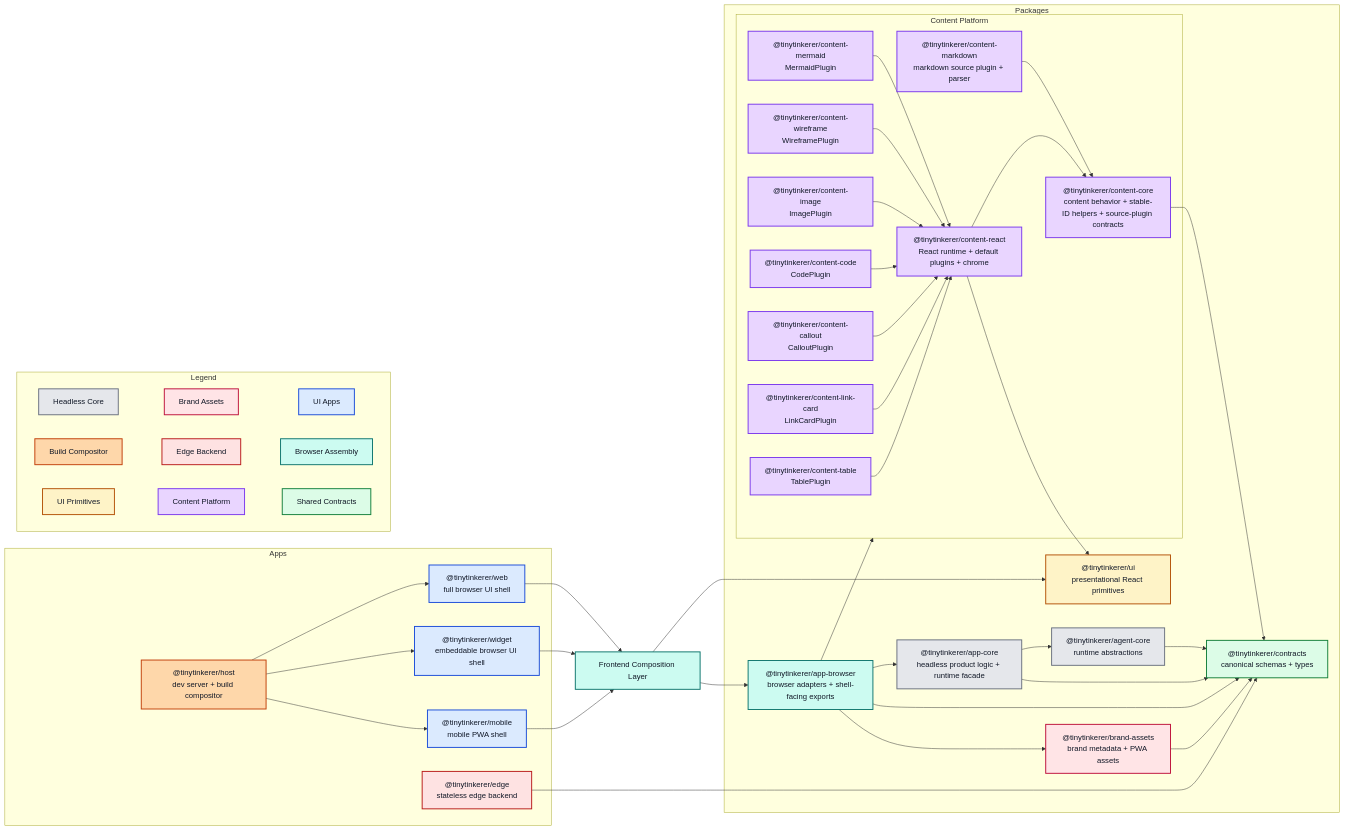
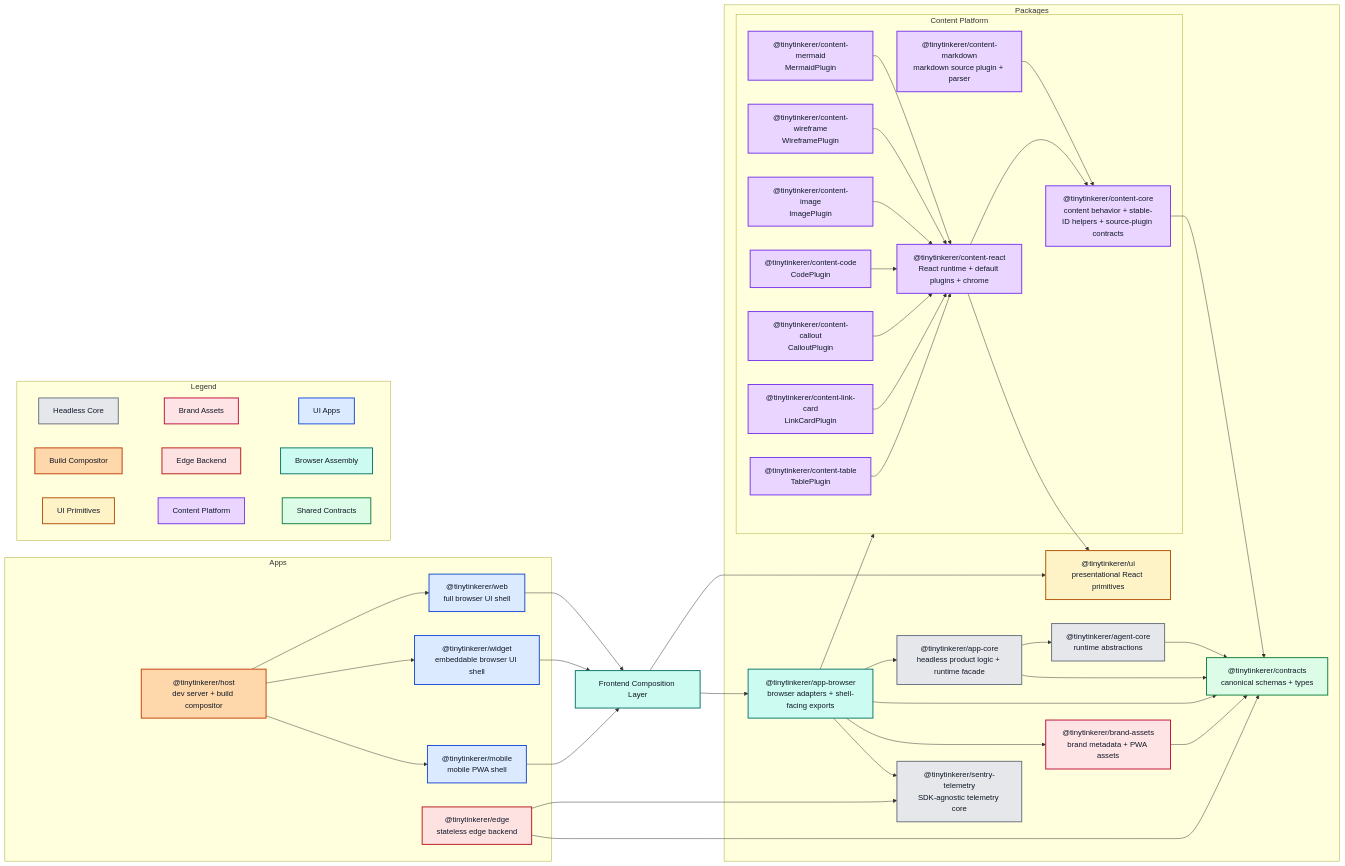
Before and after one commit to NNTin/tinytinkerer: the diagram in docs/ARCHITECTURE.md, drawn with Mermaid. The commit also changed other lines of this file and 24 other files, not shown here.

Commit message:
feat: sentry-telemetry package for frontends and edge

````diff
--- a/docs/ARCHITECTURE.md
+++ b/docs/ARCHITECTURE.md
@@ -53,6 +54,7 @@
     appbrowser["@tinytinkerer/app-browser<br/>browser adapters + shell-facing exports"]
     brand["@tinytinkerer/brand-assets<br/>brand metadata + PWA assets"]
     ui["@tinytinkerer/ui<br/>presentational React primitives"]
+    sentrytelemetry["@tinytinkerer/sentry-telemetry<br/>SDK-agnostic telemetry core"]
 
     subgraph ContentPlatform["Content Platform"]
       contentcore["@tinytinkerer/content-core<br/>content behavior + stable-ID helpers + source-plugin contracts"]
@@ -79,6 +81,7 @@
   common --> ui
   common --> appbrowser
 
+  edge --> sentrytelemetry
   edge --> contracts
   appcore --> agent
   appcore --> contracts
@@ -87,6 +90,7 @@
   appbrowser --> appcore
   appbrowser --> contracts
   appbrowser --> brand
+  appbrowser --> sentrytelemetry
 
   contentreact --> contentcore
   contentreact --> ui
@@ -138,6 +142,6 @@
   class ui,legendUi uiPrimitives;
   class contentcore,contentmarkdown,contentreact,contentmermaid,contentwireframe,contentimage,contentcode,contentcallout,contentlinkcard,contenttable,legendFeature sharedFeature;
   class contracts,legendContracts contractsLayer;
-  class agent,appcore,legendCore coreLayer;
+  class agent,appcore,sentrytelemetry,legendCore coreLayer;
   class brand,legendBrand brandLayer;
 ```
````
